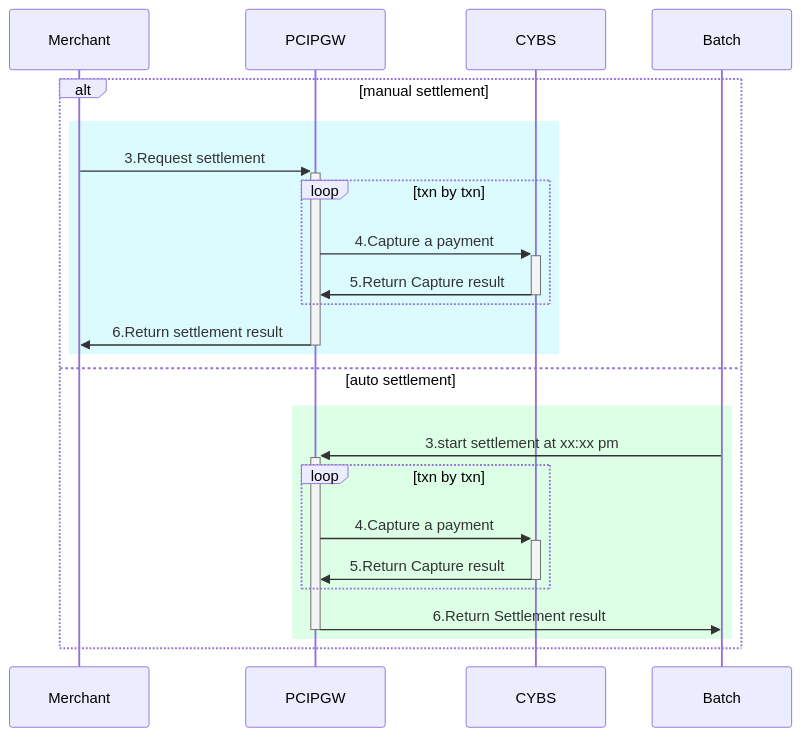
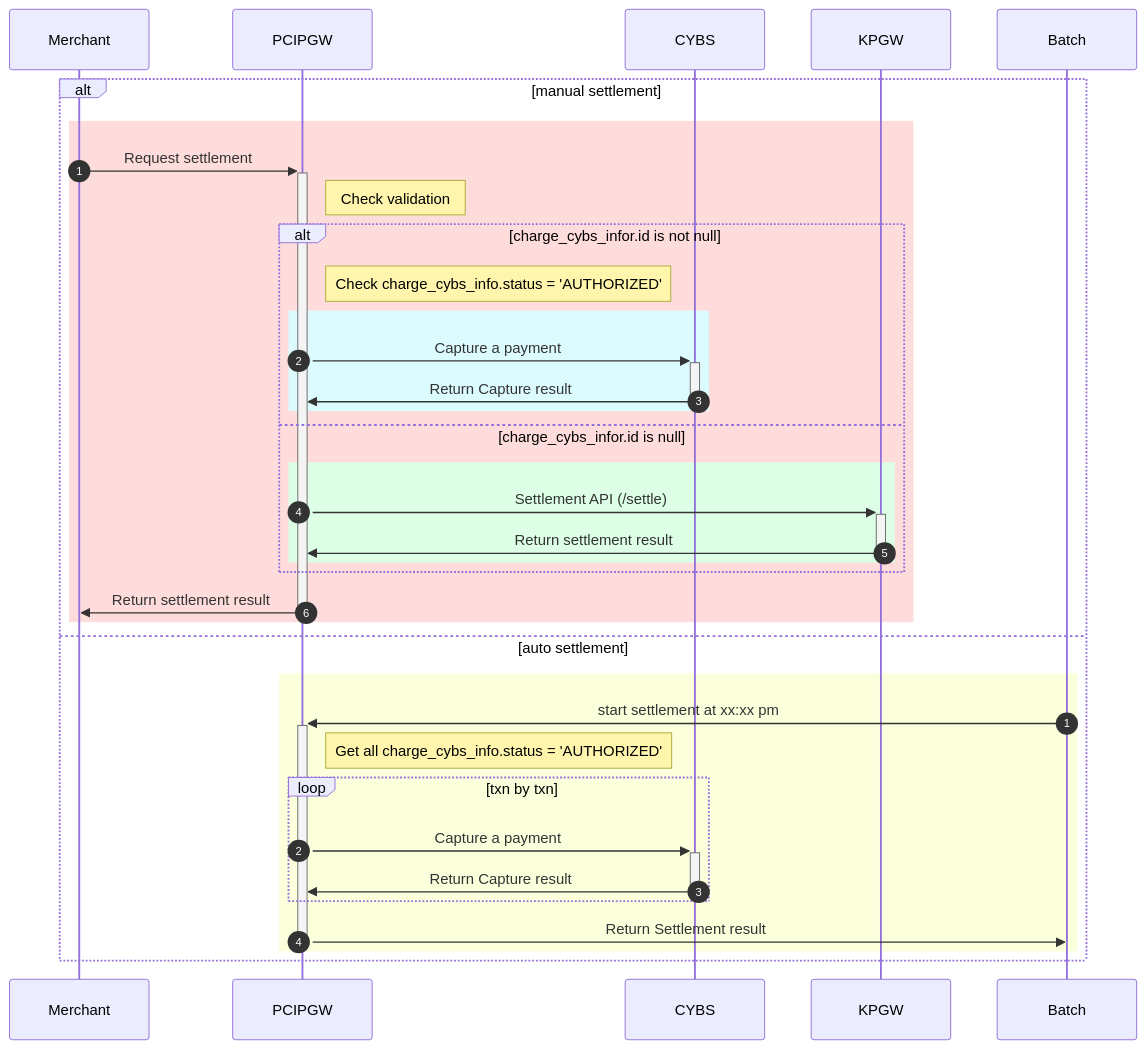
One commit to yuusuke25/MyNotes changed the first of 3 diagrams in Cybs-Ph2-Flow2.md. Above: the diagram before and after it, drawn with Mermaid. The commit also changed other lines of this file, not shown here.

````diff
--- a/Cybs-Ph2-Flow2.md
+++ b/Cybs-Ph2-Flow2.md
@@ -2,22 +2,36 @@
 ```mermaid
-    sequenceDiagram        
+    sequenceDiagram  
+        autonumber 1
         alt manual settlement
-         rect rgb(220, 251, 255)
-          Merchant->>+PCIPGW:3.Request settlement
-          loop txn by txn
-            PCIPGW->>+CYBS:4.Capture a payment
-            CYBS->>-PCIPGW:5.Return Capture result
+         rect rgb(255, 220, 220)
+          Merchant->>+PCIPGW:Request settlement
+          Note right of PCIPGW: Check validation
+          %% loop txn by txn
+          alt charge_cybs_infor.id is not null
+            Note right of PCIPGW: Check charge_cybs_info.status = 'AUTHORIZED'
+            rect rgb(220, 251, 255)
+                PCIPGW->>+CYBS:Capture a payment
+                CYBS->>-PCIPGW:Return Capture result
+            end
+          else charge_cybs_infor.id is null
+            rect rgb(220, 255, 229)
+                PCIPGW->>+KPGW:Settlement API (/settle)
+                KPGW->>-PCIPGW:Return settlement result
+            end
           end
-          PCIPGW->>-Merchant:6.Return settlement result
+          %% end
+          PCIPGW->>-Merchant:Return settlement result
          end
         else auto settlement
-         rect rgb(220, 255, 229)
-          Batch->>+PCIPGW:3.start settlement at xx:xx pm
+         rect rgb(252, 255, 220)
+         autonumber 1
+          Batch->>+PCIPGW:start settlement at xx:xx pm
+          Note right of PCIPGW: Get all charge_cybs_info.status = 'AUTHORIZED'
           loop txn by txn
-            PCIPGW->>+CYBS:4.Capture a payment
-            CYBS->>-PCIPGW:5.Return Capture result
+            PCIPGW->>+CYBS:Capture a payment
+            CYBS->>-PCIPGW:Return Capture result
           end
-          PCIPGW->>-Batch:6.Return Settlement result
+          PCIPGW->>-Batch:Return Settlement result
          end
         end
 ```
````
